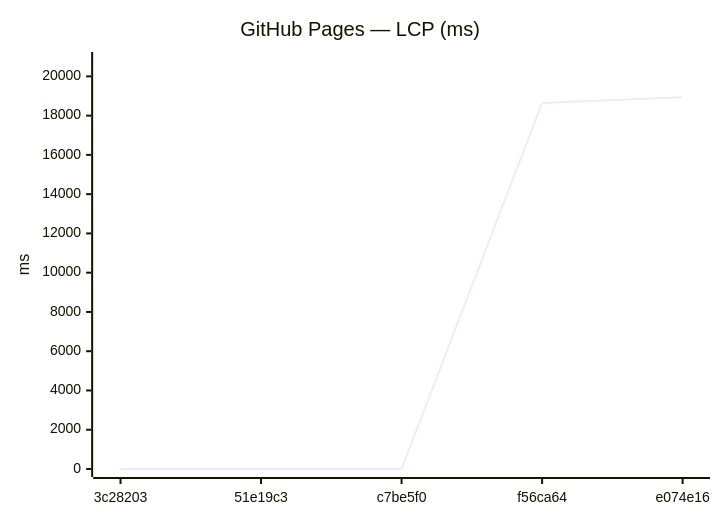
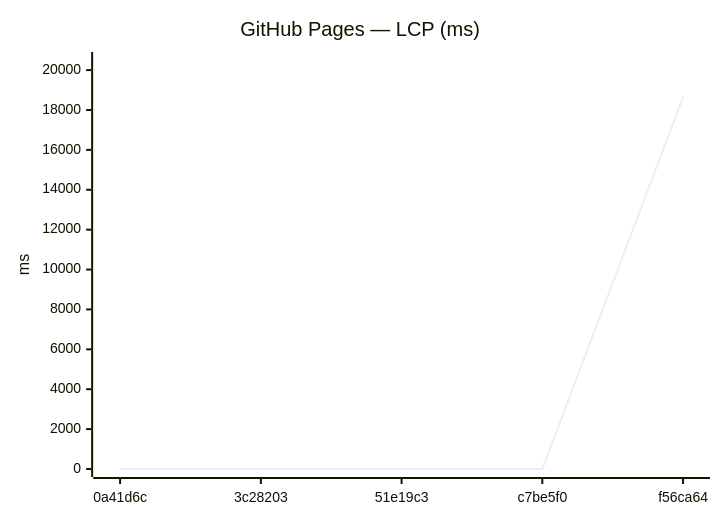
The ninth of 18 diagrams in benchmarks/compare.md (Metaheurist/Rianell), drawn with Mermaid before and after one commit. The commit also changed other lines of this file and 11 other files, not shown here.

````diff
--- a/benchmarks/compare.md
+++ b/benchmarks/compare.md
@@ -142,7 +142,7 @@
 ```mermaid
 xychart-beta
     title "GitHub Pages — LCP (ms)"
-    x-axis ["3c28203", "51e19c3", "c7be5f0", "f56ca64", "e074e16"]
-    y-axis "ms" 0 --> 20834
-    line [0, 0, 0, 18641, 18940]
+    x-axis ["0a41d6c", "3c28203", "51e19c3", "c7be5f0", "f56ca64"]
+    y-axis "ms" 0 --> 20506
+    line [0, 0, 0, 0, 18641]
 ```
````
